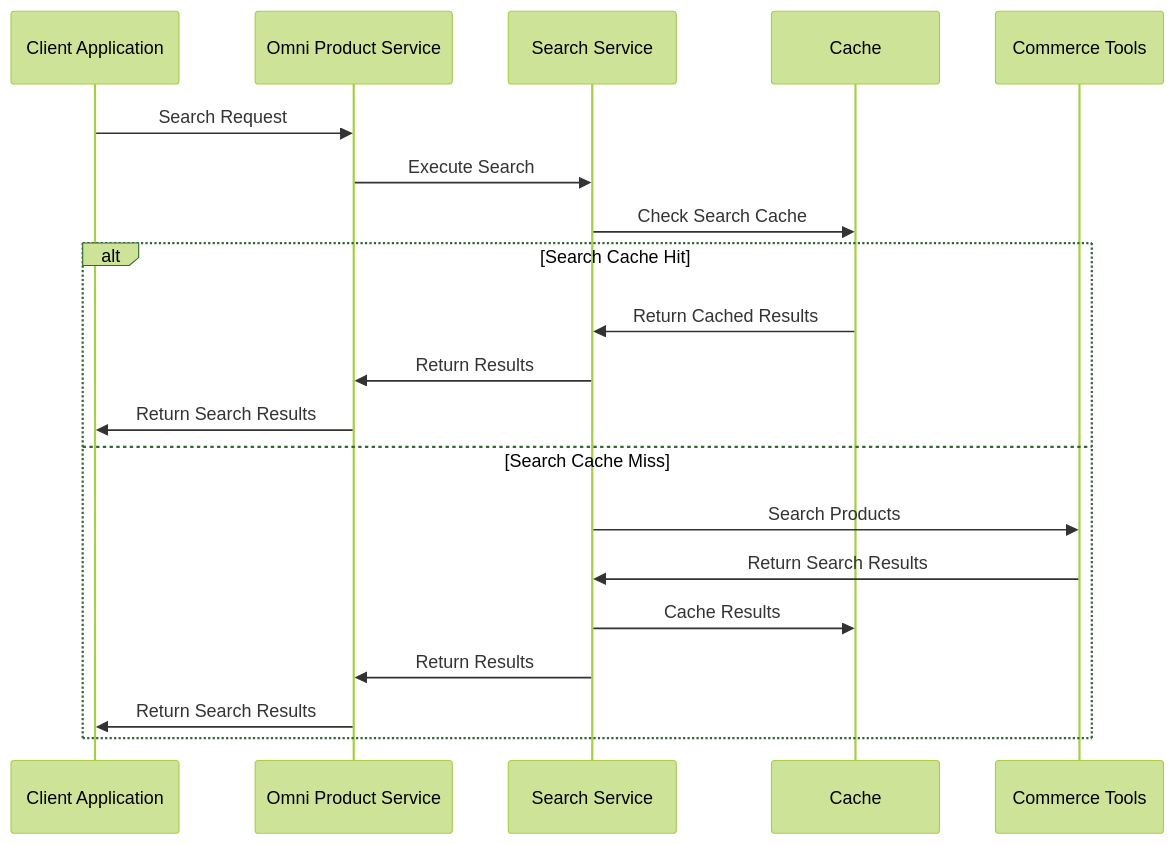
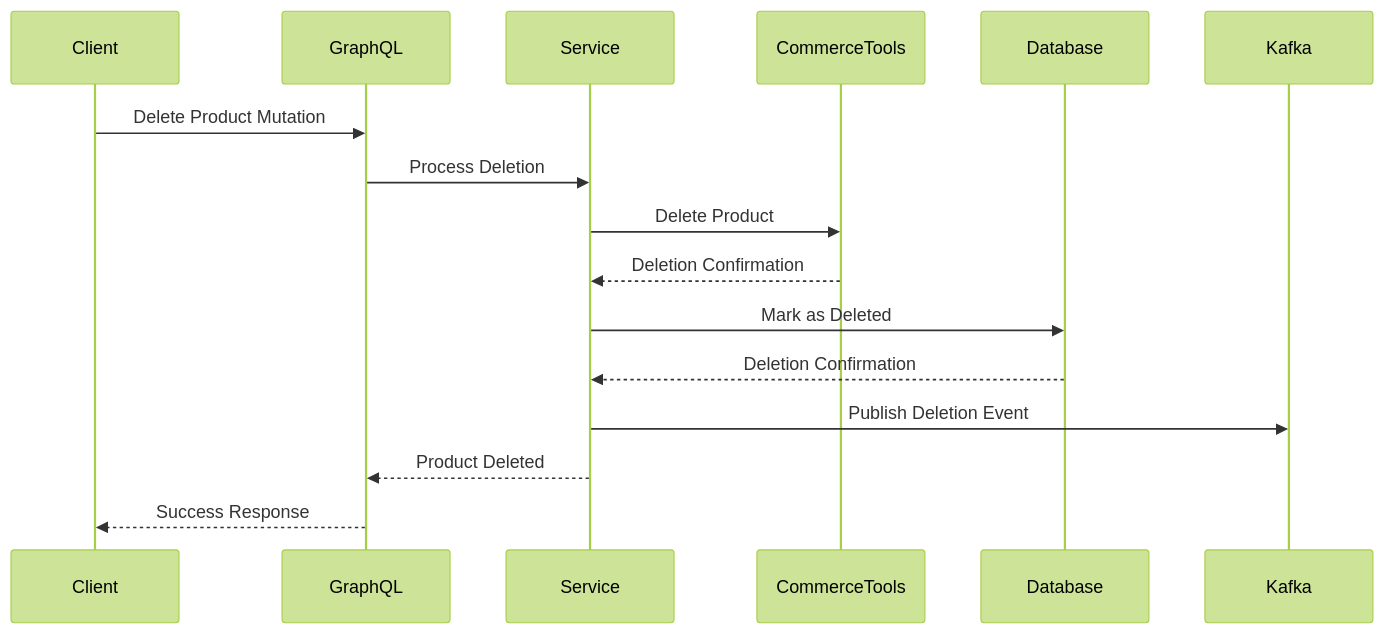
One commit to aahmadseph/SST-Phase-2 changed the sixth of 12 diagrams in generated-docs/omni-product-service-architecture.md. Above: the diagram before and after it, drawn with Mermaid (forest theme). The commit also changed other lines of this file and 13 other files, not shown here.

````diff
--- a/generated-docs/omni-product-service-architecture.md
+++ b/generated-docs/omni-product-service-architecture.md
@@ -846,24 +297,19 @@
 ```mermaid
 sequenceDiagram
-    participant Client as Client Application
-    participant OmniProduct as Omni Product Service
-    participant Search as Search Service
-    participant Cache as Cache
-    participant Commerce as Commerce Tools
+    participant Client
+    participant GraphQL
+    participant Service
+    participant CommerceTools
+    participant Database
+    participant Kafka
     
-    Client->>OmniProduct: Search Request
-    OmniProduct->>Search: Execute Search
-    Search->>Cache: Check Search Cache
-    
-    alt Search Cache Hit
-        Cache->>Search: Return Cached Results
-        Search->>OmniProduct: Return Results
-        OmniProduct->>Client: Return Search Results
-    else Search Cache Miss
-        Search->>Commerce: Search Products
-        Commerce->>Search: Return Search Results
-        Search->>Cache: Cache Results
-        Search->>OmniProduct: Return Results
-        OmniProduct->>Client: Return Search Results
-    end
+    Client->>GraphQL: Delete Product Mutation
+    GraphQL->>Service: Process Deletion
+    Service->>CommerceTools: Delete Product
+    CommerceTools-->>Service: Deletion Confirmation
+    Service->>Database: Mark as Deleted
+    Database-->>Service: Deletion Confirmation
+    Service->>Kafka: Publish Deletion Event
+    Service-->>GraphQL: Product Deleted
+    GraphQL-->>Client: Success Response
 ```
````
